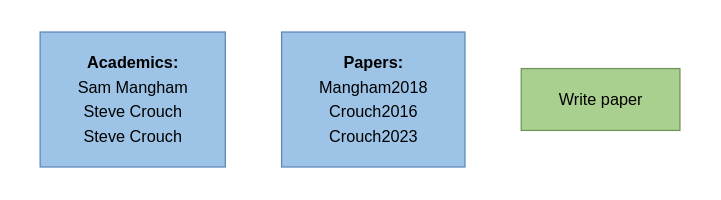
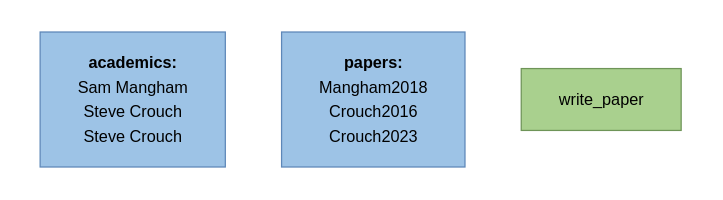
The seventh of 16 diagrams in courses/object_oriented/main.md (OxfordRSE/training-course-slides), drawn with Mermaid before and after one commit. The commit also changed other lines of this file, not shown here.

````diff
--- a/courses/object_oriented/main.md
+++ b/courses/object_oriented/main.md
@@ -376,27 +376,27 @@
 ```mermaid {scale: 0.62}
 ---
 config:
   themeVariables:
     fontSize: 13px
   flowchart:
     nodeSpacing: 12
     rankSpacing: 20
   themeCSS: |
     .node rect { rx: 18px; ry: 18px; }
     .cluster rect { rx: 22px; ry: 22px; }
 ---
 flowchart TB
     subgraph PP[" "]
       direction LR
-      A1["<b>Academics:</b><br/>Sam Mangham<br/>Steve Crouch<br/><span style='color:#b91c1c;font-weight:700'>Steve Crouch</span>"]
-      P1["<b>Papers:</b><br/>Mangham2018<br/>Crouch2016<br/>Crouch2023"]
-      W1["Write paper"]
+      A1["<b>academics:</b><br/>Sam Mangham<br/>Steve Crouch<br/><span style='color:#b91c1c;font-weight:700'>Steve Crouch</span>"]
+      P1["<b>papers:</b><br/>Mangham2018<br/>Crouch2016<br/>Crouch2023"]
+      W1["write_paper"]
       A1 ~~~ P1 ~~~ W1
     end
 
     style PP fill:none,stroke:none
     classDef data fill:#9dc3e6,stroke:#5d87b8,color:#000
     classDef funcs fill:#a9d08e,stroke:#6e9458,color:#000
     class A1,P1 data
     class W1 funcs
 ```
````
